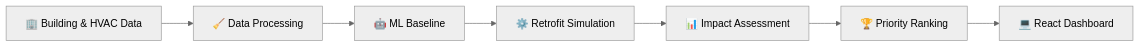
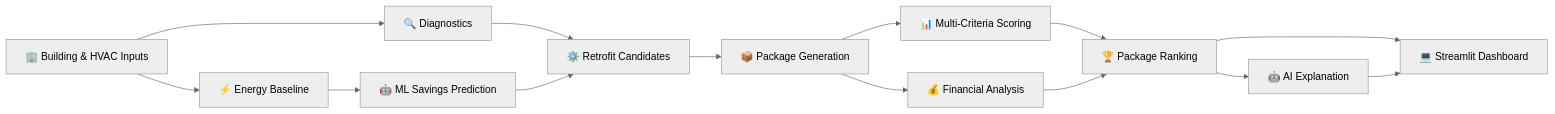
Before and after one commit to Swati-web-arch/Retrofit: the first of 2 diagrams in README.md, drawn with Mermaid (neutral theme). The commit also changed other lines of this file, not shown here.

`````diff
--- a/README.md
+++ b/README.md
@@ -48,12 +62,29 @@
 ```mermaid
 flowchart LR
-    A["🏢 Building & HVAC Data"]
-    B["🧹 Data Processing"]
-    C["🤖 ML Baseline"]
-    D["⚙️ Retrofit Simulation"]
-    E["📊 Impact Assessment"]
-    F["🏆 Priority Ranking"]
-    G["💻 React Dashboard"]
 
-    A --> B --> C --> D --> E --> F --> G
-```
+    A["🏢 Building & HVAC Inputs"]
+    B["🔍 Diagnostics"]
+    C["⚡ Energy Baseline"]
+    D["🤖 ML Savings Prediction"]
+    E["⚙️ Retrofit Candidates"]
+    F["📦 Package Generation"]
+    G["📊 Multi-Criteria Scoring"]
+    H["💰 Financial Analysis"]
+    I["🏆 Package Ranking"]
+    J["🤖 AI Explanation"]
+    K["💻 Streamlit Dashboard"]
+
+    A --> B
+    A --> C
+    C --> D
+    B --> E
+    D --> E
+    E --> F
+    F --> G
+    F --> H
+    G --> I
+    H --> I
+    I --> J
+    I --> K
+    J --> K
+````
`````
